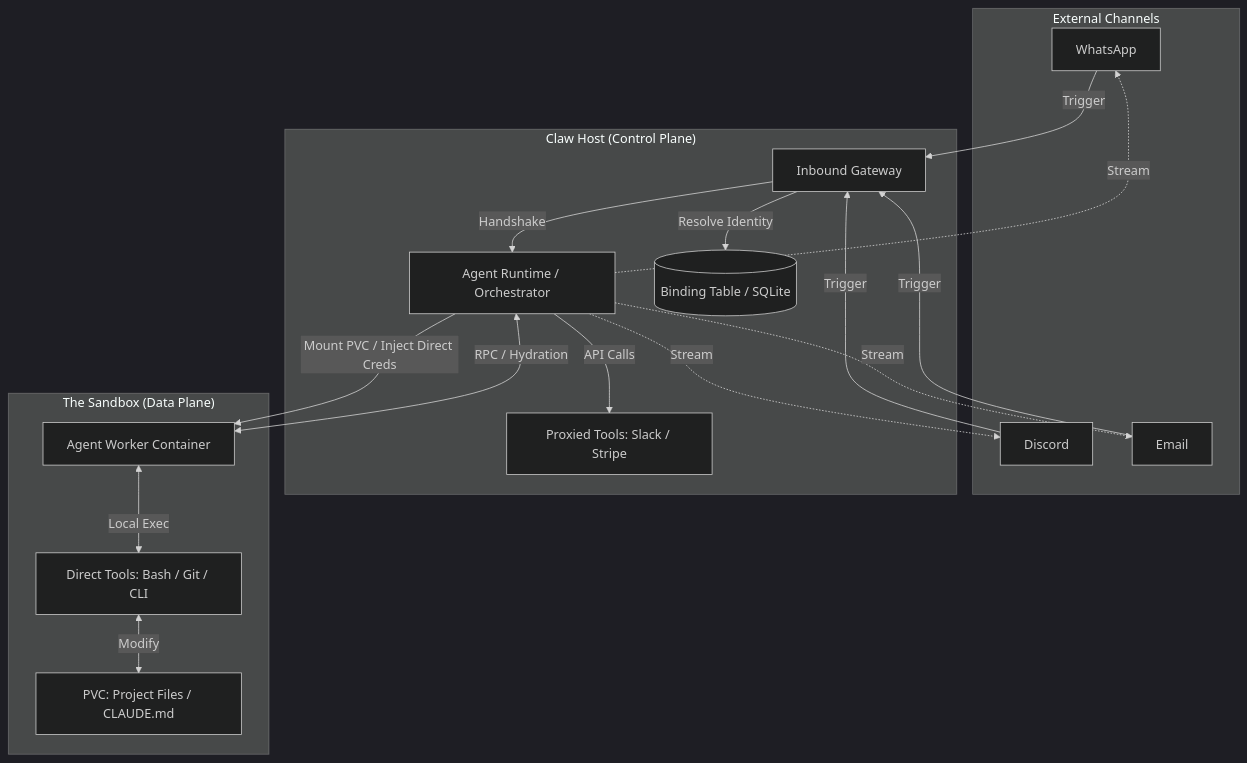
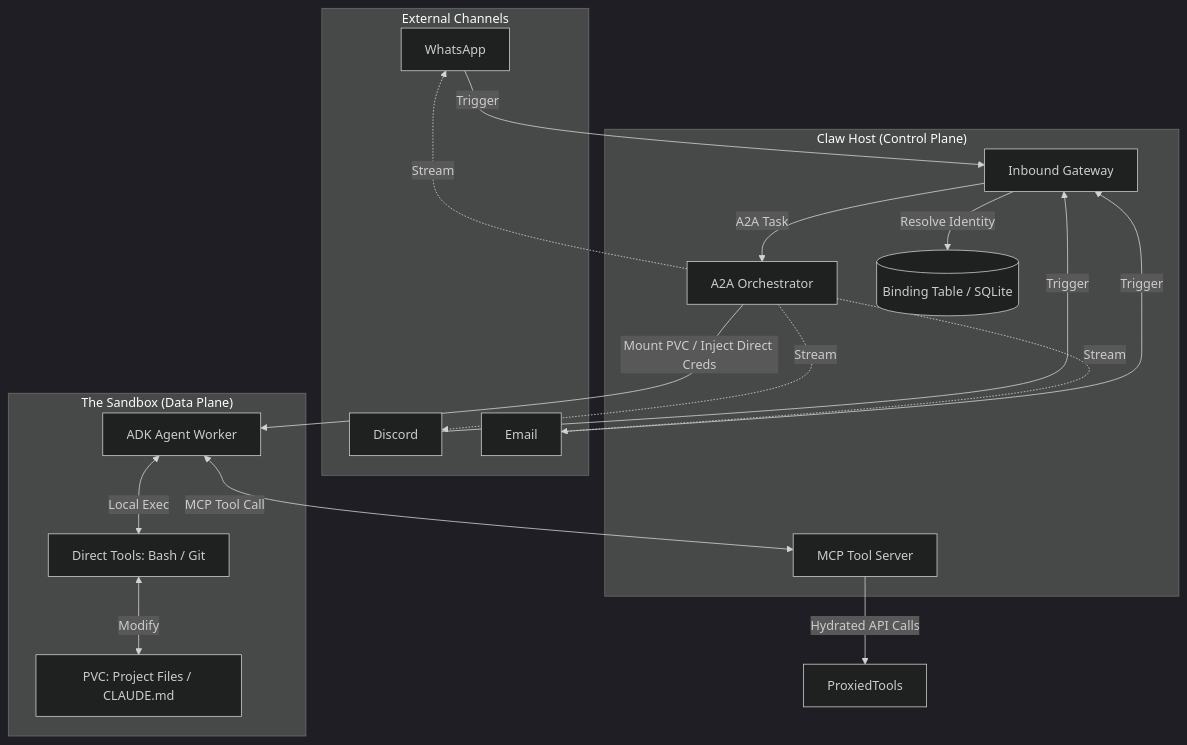
One commit to allenporter/kube-claw changed the diagram in docs/design/v3-specification/02-architecture-overview.md. Above: the diagram before and after it, drawn with Mermaid (dark theme). The commit also changed other lines of this file and 14 other files, not shown here.

````diff
--- a/docs/design/v3-specification/02-architecture-overview.md
+++ b/docs/design/v3-specification/02-architecture-overview.md
@@ -9,32 +9,32 @@
 ```mermaid
 graph TD
     subgraph "External Channels"
         WA[WhatsApp]
         DS[Discord]
         EM[Email]
     end
 
     subgraph "Claw Host (Control Plane)"
         Gateway[Inbound Gateway]
-        Runtime[Agent Runtime / Orchestrator]
+        Runtime[A2A Orchestrator]
         DB[(Binding Table / SQLite)]
-        ProxiedTools[Proxied Tools: Slack / Stripe]
+        MCPServer[MCP Tool Server]
     end
 
     subgraph "The Sandbox (Data Plane)"
-        Container[Agent Worker Container]
-        DirectTools[Direct Tools: Bash / Git / CLI]
+        Container[ADK Agent Worker]
+        DirectTools[Direct Tools: Bash / Git]
         Workspace[PVC: Project Files / CLAUDE.md]
     end
 
     %% Flow
     WA & DS & EM -->|Trigger| Gateway
     Gateway -->|Resolve Identity| DB
-    Gateway -->|Handshake| Runtime
+    Gateway -->|A2A Task| Runtime
     Runtime -->|Mount PVC / Inject Direct Creds| Container
     Container <-->|Local Exec| DirectTools
-    Container <-->|RPC / Hydration| Runtime
-    Runtime -->|API Calls| ProxiedTools
+    Container <-->|MCP Tool Call| MCPServer
+    MCPServer -->|Hydrated API Calls| ProxiedTools
     DirectTools <-->|Modify| Workspace
     Runtime -.->|Stream| WA & DS & EM
 ```
````
